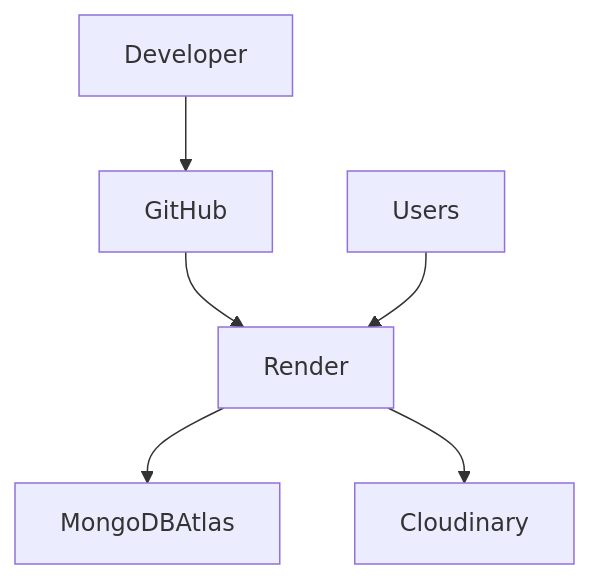
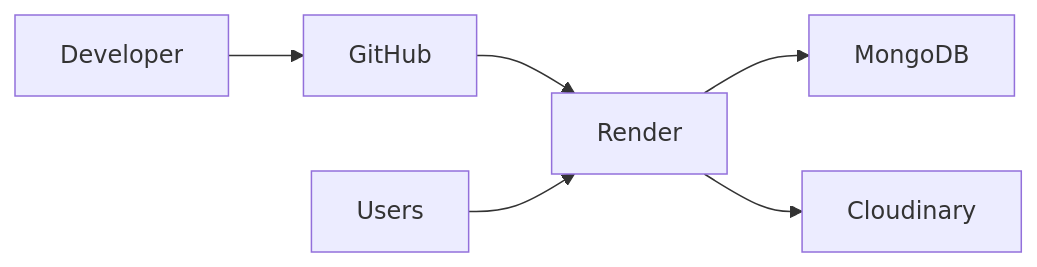
Before and after one commit to sandeepkumaryadav05/majorproject: the sixth of 6 diagrams in README.md, drawn with Mermaid. The commit also changed other lines of this file, not shown here.

````diff
--- a/README.md
+++ b/README.md
@@ -158,8 +133,8 @@
-``` mermaid
-graph TD
+```mermaid
+graph LR
 Developer-->GitHub
 GitHub-->Render
-Render-->MongoDBAtlas
+Render-->MongoDB
 Render-->Cloudinary
 Users-->Render
 ```
````
